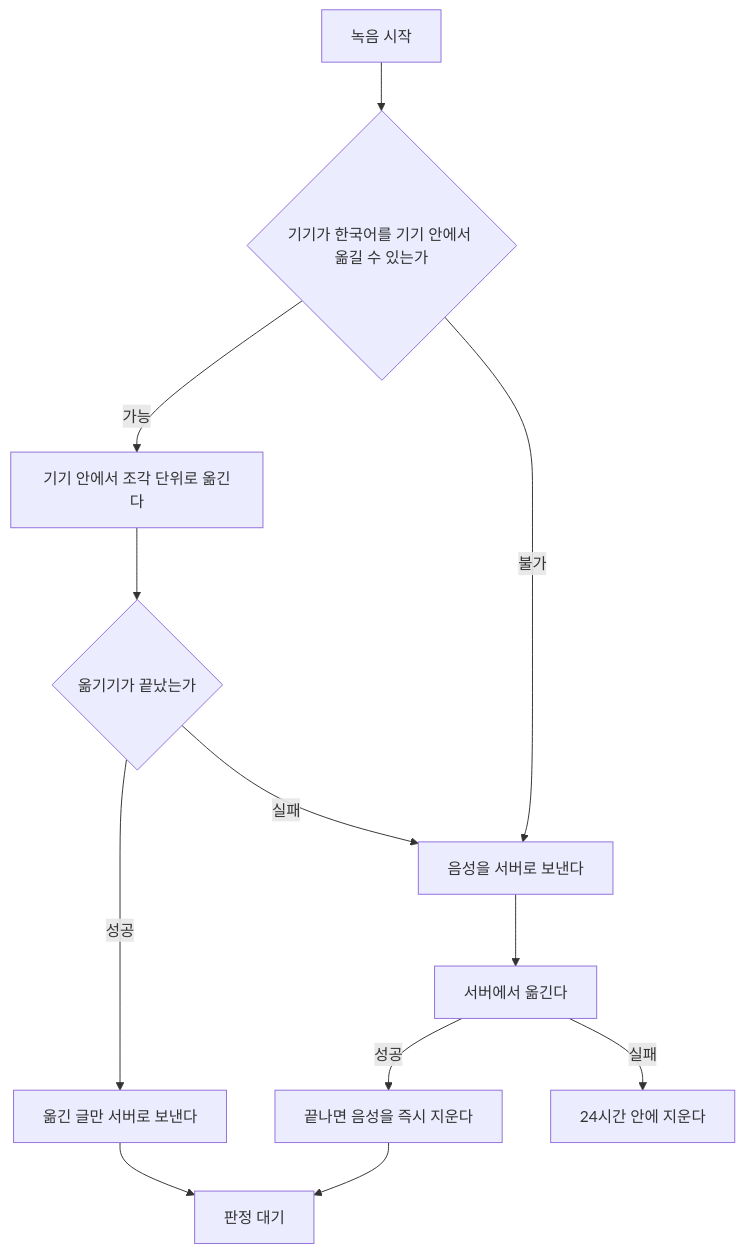
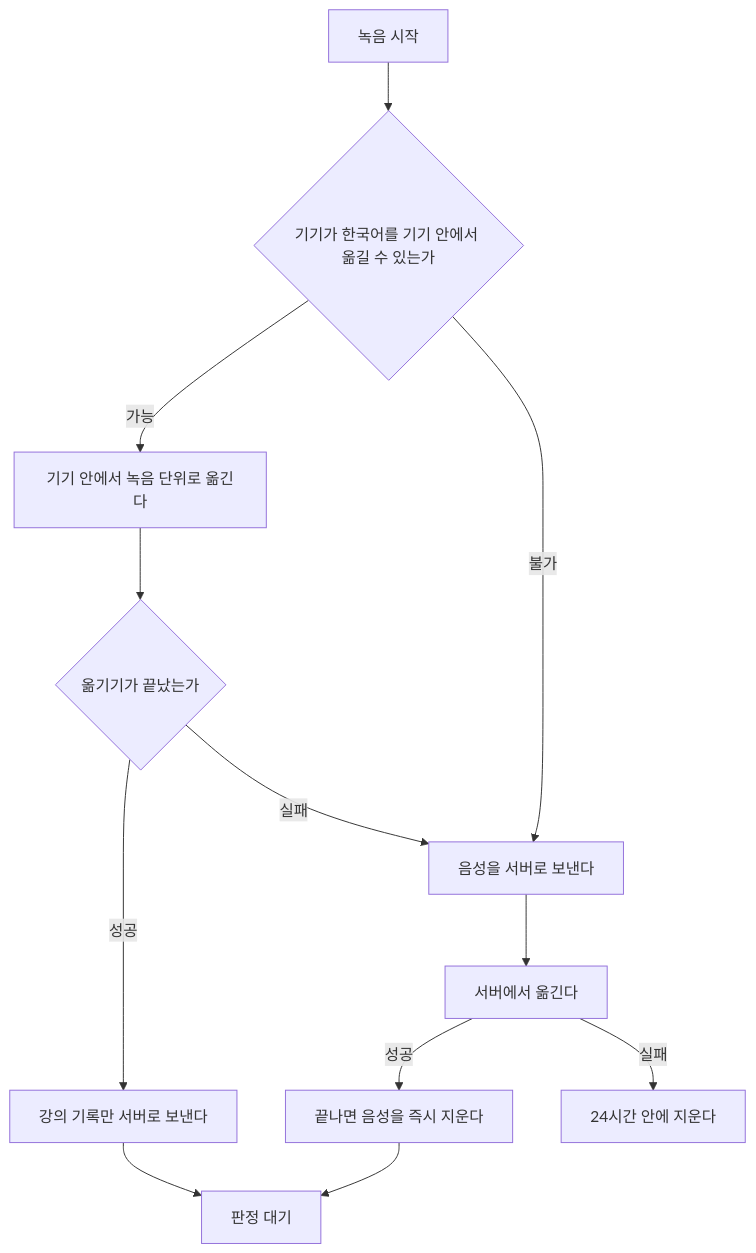
One commit to hayoungv/kokjip changed the fifth of 7 diagrams in docs/02-srs/srs.md. Above: the diagram before and after it, drawn with Mermaid. The commit also changed other lines of this file and 29 other files, not shown here.

````diff
--- a/docs/02-srs/srs.md
+++ b/docs/02-srs/srs.md
@@ -301,14 +301,14 @@
 ```mermaid
 flowchart TD
     시작["녹음 시작"] --> 확인{"기기가 한국어를 기기 안에서 옮길 수 있는가"}
-    확인 -->|"가능"| 기기전사["기기 안에서 조각 단위로 옮긴다"]
+    확인 -->|"가능"| 기기전사["기기 안에서 녹음 단위로 옮긴다"]
     확인 -->|"불가"| 예외["음성을 서버로 보낸다"]
     기기전사 --> 성공{"옮기기가 끝났는가"}
-    성공 -->|"성공"| 텍스트["옮긴 글만 서버로 보낸다"]
+    성공 -->|"성공"| 텍스트["강의 기록만 서버로 보낸다"]
     성공 -->|"실패"| 예외
     예외 --> 서버전사["서버에서 옮긴다"]
     서버전사 -->|"성공"| 삭제["끝나면 음성을 즉시 지운다"]
     서버전사 -->|"실패"| 상한["24시간 안에 지운다"]
     텍스트 --> 끝["판정 대기"]
     삭제 --> 끝
 ```
````
